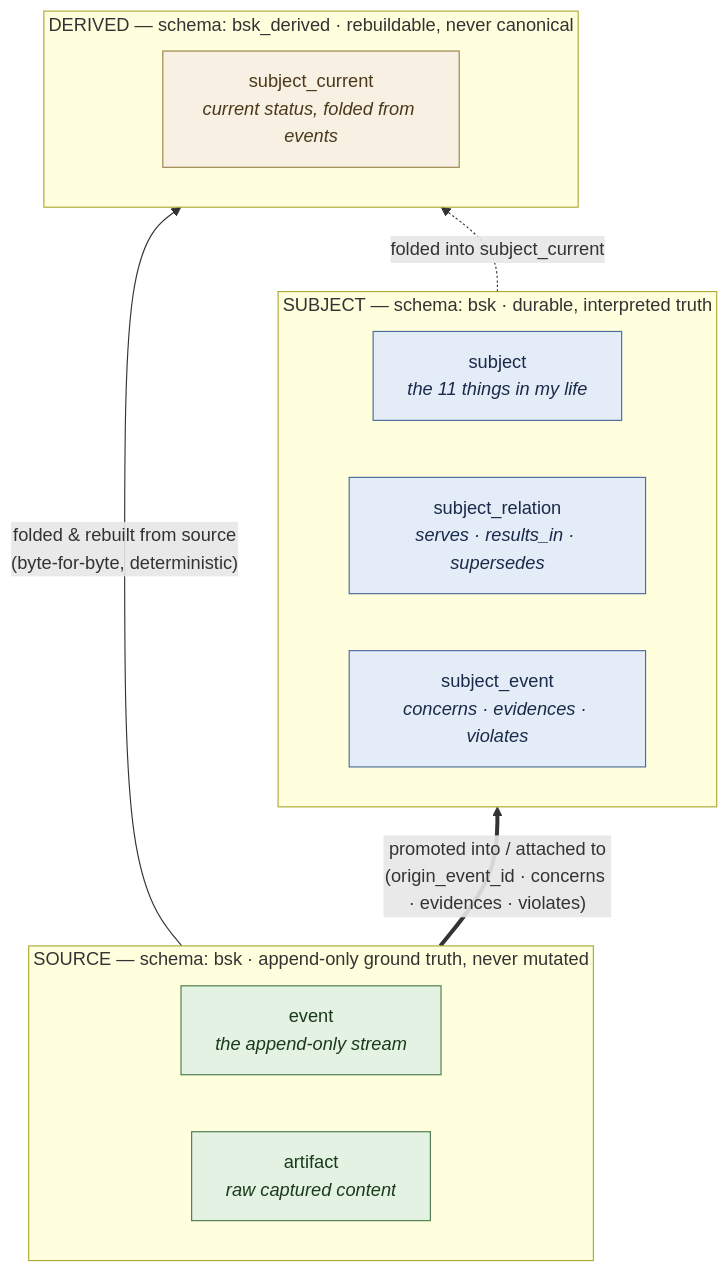
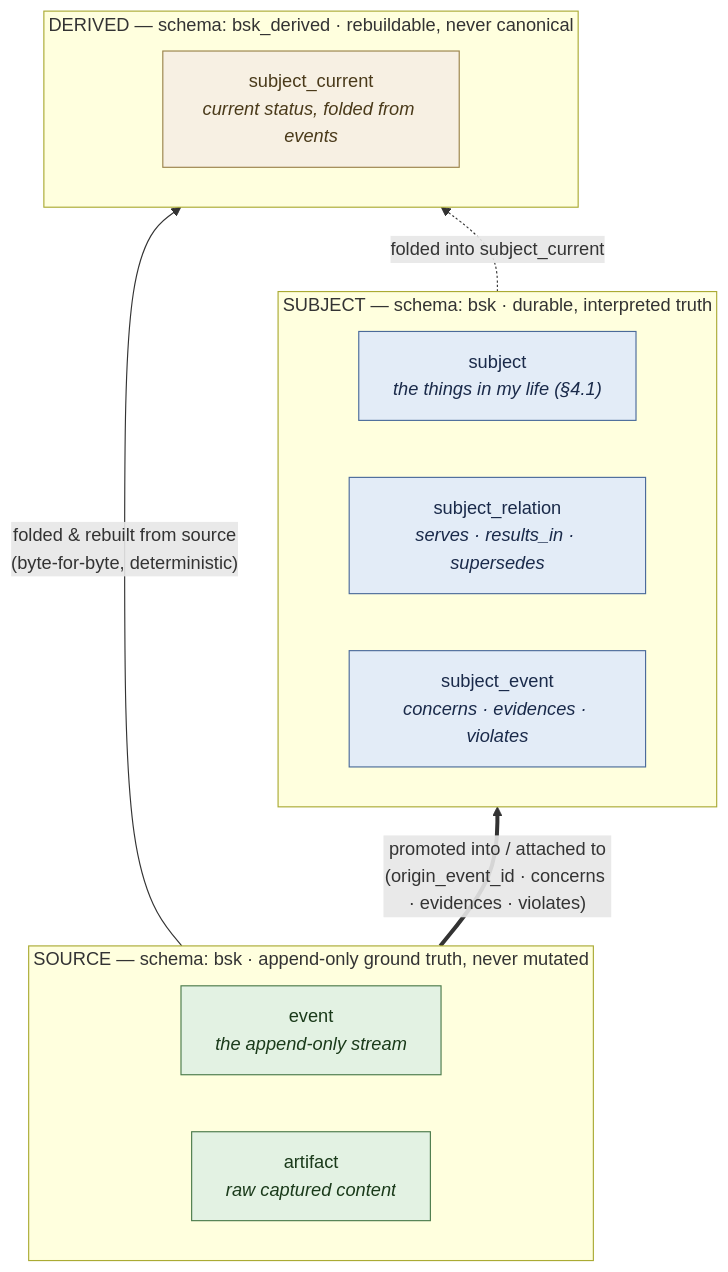
Before and after one commit to csdelan/LifeOS: the diagram in docs/ontology.md, drawn with Mermaid. The commit also changed other lines of this file and 7 other files, not shown here.

````diff
--- a/docs/ontology.md
+++ b/docs/ontology.md
@@ -60,31 +63,31 @@
 ```mermaid
 flowchart BT
     subgraph DERIVED["DERIVED — schema: bsk_derived · rebuildable, never canonical"]
         direction LR
         SC["subject_current<br/><i>current status, folded from events</i>"]
     end
 
     subgraph SUBJECT["SUBJECT — schema: bsk · durable, interpreted truth"]
         direction LR
-        SUB["subject<br/><i>the 11 things in my life</i>"]
+        SUB["subject<br/><i>the things in my life (§4.1)</i>"]
         SR["subject_relation<br/><i>serves · results_in · supersedes</i>"]
         SE["subject_event<br/><i>concerns · evidences · violates</i>"]
     end
 
     subgraph SOURCE["SOURCE — schema: bsk · append-only ground truth, never mutated"]
         direction LR
         EV["event<br/><i>the append-only stream</i>"]
         ART["artifact<br/><i>raw captured content</i>"]
     end
 
     SOURCE == "promoted into / attached to<br/>(origin_event_id · concerns · evidences · violates)" ==> SUBJECT
     SOURCE -- "folded &amp; rebuilt from source<br/>(byte-for-byte, deterministic)" --> DERIVED
     SUBJECT -. "folded into subject_current" .-> DERIVED
 
     classDef source fill:#e3f2e3,stroke:#4a7a4a,color:#1a3a1a;
     classDef subject fill:#e3ecf7,stroke:#4a6a9a,color:#1a2a4a;
     classDef derived fill:#f7f0e3,stroke:#9a824a,color:#4a3a1a;
     class EV,ART source;
     class SUB,SR,SE subject;
     class SC derived;
 ```
````
